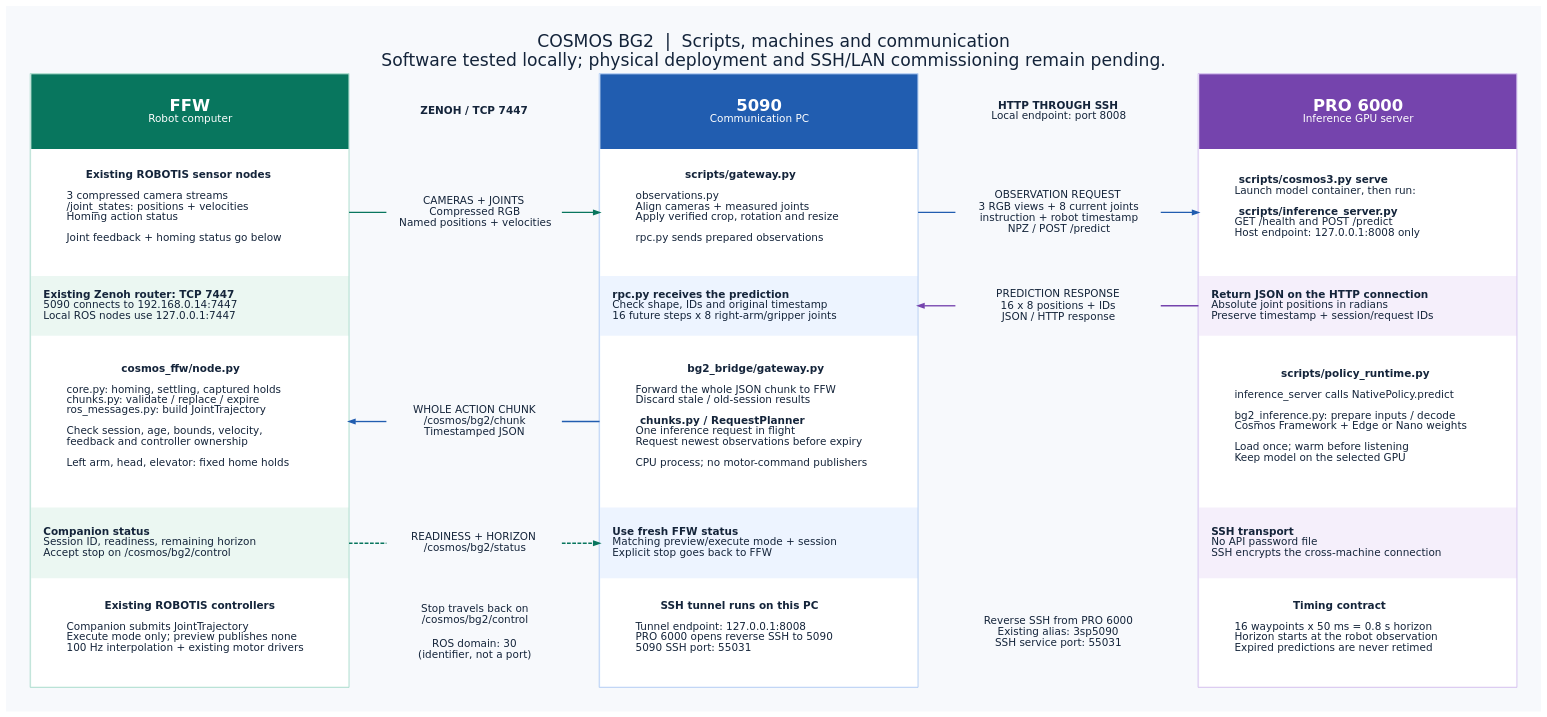
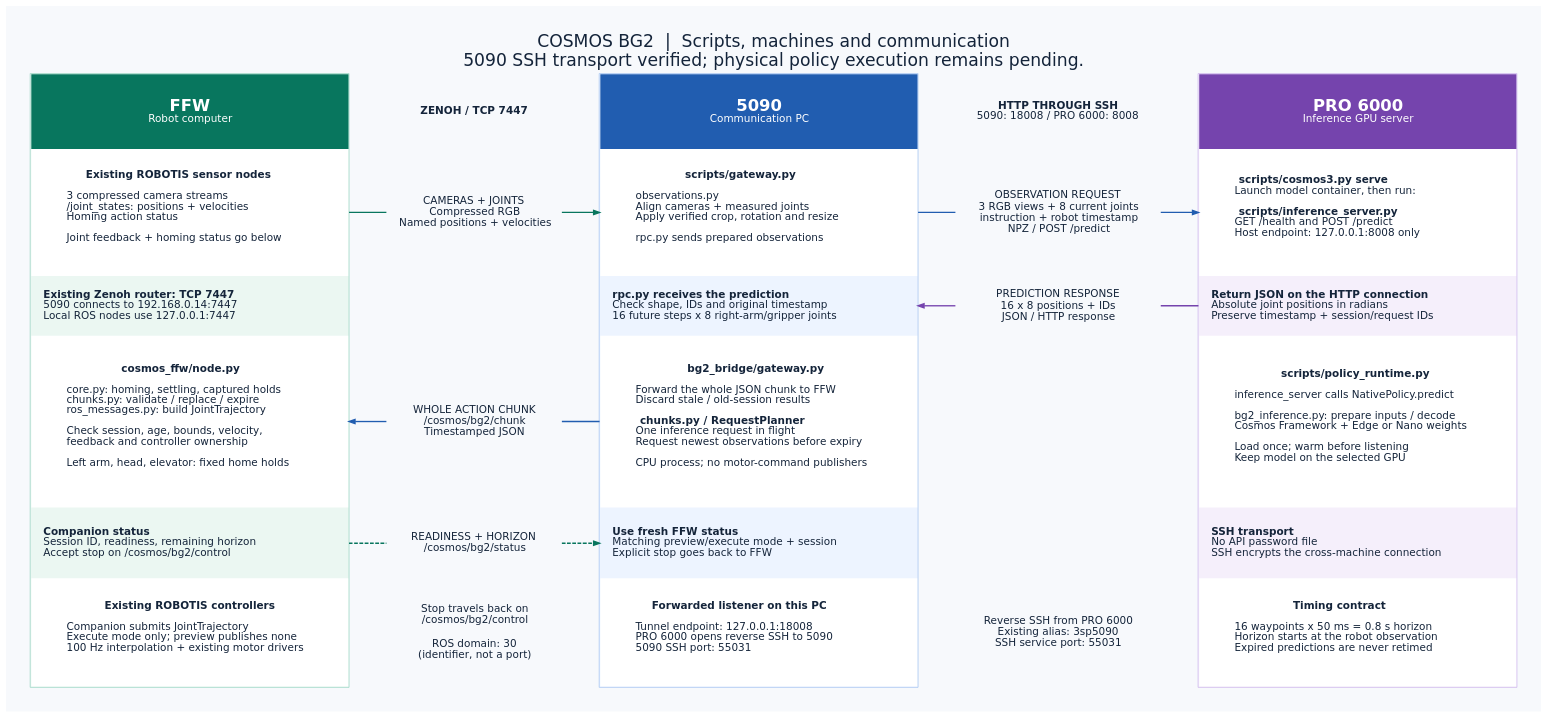
One commit to ssangjunpark/cosmos_inference_bg2 changed the diagram in docs/diagrams/three_machine_pipeline.dot. Above: the diagram before and after it, drawn with Graphviz. The commit also changed 8 other files, not shown here.

Commit message:
Use port 18008 for the 5090 inference tunnel

```diff
--- a/docs/diagrams/three_machine_pipeline.dot
+++ b/docs/diagrams/three_machine_pipeline.dot
@@ -1,127 +1,127 @@
 digraph cosmos_bg2 {
   graph [rankdir=LR, bgcolor="#F7F9FC", pad="0.45", nodesep="0.4", ranksep="0.7", splines=line,
     fontname="DejaVu Sans", fontsize=23, fontcolor="#14243A", labelloc=t,
-    label="COSMOS BG2  |  Scripts, machines and communication\nSoftware tested locally; physical deployment and SSH/LAN commissioning remain pending.\n"];
+    label="COSMOS BG2  |  Scripts, machines and communication\n5090 SSH transport verified; physical policy execution remains pending.\n"];
   node [shape=plain, fontname="DejaVu Sans", fontsize=14, fontcolor="#14243A"];
   edge [fontname="DejaVu Sans", fontsize=12, fontcolor="#334155", penwidth=1.8, arrowsize=0.8];
 
   ffw [label=<
     <TABLE BORDER="1" COLOR="#9BD6C4" CELLBORDER="0" CELLSPACING="0" CELLPADDING="16" BGCOLOR="#EBF7F2">
       <TR><TD WIDTH="425" HEIGHT="100" BGCOLOR="#08765E"><FONT COLOR="white" POINT-SIZE="22"><B>FFW</B></FONT><BR/><FONT COLOR="white">Robot computer</FONT></TD></TR>
       <TR><TD PORT="obs" HEIGHT="170" ALIGN="LEFT" BGCOLOR="white">
         <B>Existing ROBOTIS sensor nodes</B><BR/><BR ALIGN="LEFT"/>
         3 compressed camera streams<BR ALIGN="LEFT"/>
         /joint_states: positions + velocities<BR ALIGN="LEFT"/>
         Homing action status<BR ALIGN="LEFT"/><BR ALIGN="LEFT"/>
         Joint feedback + homing status go below<BR ALIGN="LEFT"/>
       </TD></TR>
       <TR><TD HEIGHT="80" ALIGN="LEFT"><B>Existing Zenoh router: TCP 7447</B><BR ALIGN="LEFT"/>5090 connects to 192.168.0.14:7447<BR ALIGN="LEFT"/>Local ROS nodes use 127.0.0.1:7447<BR ALIGN="LEFT"/></TD></TR>
       <TR><TD PORT="chunk" HEIGHT="230" ALIGN="LEFT" BGCOLOR="white">
         <B>cosmos_ffw/node.py</B><BR/><BR ALIGN="LEFT"/>
         core.py: homing, settling, captured holds<BR ALIGN="LEFT"/>
         chunks.py: validate / replace / expire<BR ALIGN="LEFT"/>
         ros_messages.py: build JointTrajectory<BR ALIGN="LEFT"/><BR ALIGN="LEFT"/>
         Check session, age, bounds, velocity,<BR ALIGN="LEFT"/>
         feedback and controller ownership<BR ALIGN="LEFT"/><BR ALIGN="LEFT"/>
         Left arm, head, elevator: fixed home holds<BR ALIGN="LEFT"/>
       </TD></TR>
       <TR><TD PORT="status" HEIGHT="95" ALIGN="LEFT"><B>Companion status</B><BR ALIGN="LEFT"/>Session ID, readiness, remaining horizon<BR ALIGN="LEFT"/>Accept stop on /cosmos/bg2/control<BR ALIGN="LEFT"/></TD></TR>
       <TR><TD HEIGHT="145" ALIGN="LEFT" BGCOLOR="white">
         <B>Existing ROBOTIS controllers</B><BR/><BR ALIGN="LEFT"/>
         Companion submits JointTrajectory<BR ALIGN="LEFT"/>
         Execute mode only; preview publishes none<BR ALIGN="LEFT"/>
         100 Hz interpolation + existing motor drivers<BR ALIGN="LEFT"/>
       </TD></TR>
     </TABLE>
   >];
 
   gateway [label=<
     <TABLE BORDER="1" COLOR="#A7C6F2" CELLBORDER="0" CELLSPACING="0" CELLPADDING="16" BGCOLOR="#EDF4FF">
       <TR><TD WIDTH="425" HEIGHT="100" BGCOLOR="#215DB0"><FONT COLOR="white" POINT-SIZE="22"><B>5090</B></FONT><BR/><FONT COLOR="white">Communication PC</FONT></TD></TR>
       <TR><TD PORT="obs" HEIGHT="170" ALIGN="LEFT" BGCOLOR="white">
         <B>scripts/gateway.py</B><BR/><BR ALIGN="LEFT"/>
         observations.py<BR ALIGN="LEFT"/>
         Align cameras + measured joints<BR ALIGN="LEFT"/>
         Apply verified crop, rotation and resize<BR ALIGN="LEFT"/><BR ALIGN="LEFT"/>
         rpc.py sends prepared observations<BR ALIGN="LEFT"/>
       </TD></TR>
       <TR><TD PORT="reply" HEIGHT="80" ALIGN="LEFT"><B>rpc.py receives the prediction</B><BR ALIGN="LEFT"/>Check shape, IDs and original timestamp<BR ALIGN="LEFT"/>16 future steps x 8 right-arm/gripper joints<BR ALIGN="LEFT"/></TD></TR>
       <TR><TD PORT="chunk" HEIGHT="230" ALIGN="LEFT" BGCOLOR="white">
         <B>bg2_bridge/gateway.py</B><BR/><BR ALIGN="LEFT"/>
         Forward the whole JSON chunk to FFW<BR ALIGN="LEFT"/>
         Discard stale / old-session results<BR ALIGN="LEFT"/><BR ALIGN="LEFT"/>
         <B>chunks.py / RequestPlanner</B><BR ALIGN="LEFT"/>
         One inference request in flight<BR ALIGN="LEFT"/>
         Request newest observations before expiry<BR ALIGN="LEFT"/><BR ALIGN="LEFT"/>
         CPU process; no motor-command publishers<BR ALIGN="LEFT"/>
       </TD></TR>
       <TR><TD PORT="status" HEIGHT="95" ALIGN="LEFT"><B>Use fresh FFW status</B><BR ALIGN="LEFT"/>Matching preview/execute mode + session<BR ALIGN="LEFT"/>Explicit stop goes back to FFW<BR ALIGN="LEFT"/></TD></TR>
       <TR><TD HEIGHT="145" ALIGN="LEFT" BGCOLOR="white">
-        <B>SSH tunnel runs on this PC</B><BR/><BR ALIGN="LEFT"/>
-        Tunnel endpoint: 127.0.0.1:8008<BR ALIGN="LEFT"/>
+        <B>Forwarded listener on this PC</B><BR/><BR ALIGN="LEFT"/>
+        Tunnel endpoint: 127.0.0.1:18008<BR ALIGN="LEFT"/>
         PRO 6000 opens reverse SSH to 5090<BR ALIGN="LEFT"/>
         5090 SSH port: 55031<BR ALIGN="LEFT"/>
       </TD></TR>
     </TABLE>
   >];
 
   pro [label=<
     <TABLE BORDER="1" COLOR="#CEB7EC" CELLBORDER="0" CELLSPACING="0" CELLPADDING="16" BGCOLOR="#F5EFFB">
       <TR><TD WIDTH="425" HEIGHT="100" BGCOLOR="#7544AD"><FONT COLOR="white" POINT-SIZE="22"><B>PRO 6000</B></FONT><BR/><FONT COLOR="white">Inference GPU server</FONT></TD></TR>
       <TR><TD PORT="obs" HEIGHT="170" ALIGN="LEFT" BGCOLOR="white">
         <B>scripts/cosmos3.py serve</B><BR ALIGN="LEFT"/>
         Launch model container, then run:<BR ALIGN="LEFT"/><BR ALIGN="LEFT"/>
         <B>scripts/inference_server.py</B><BR ALIGN="LEFT"/>
         GET /health and POST /predict<BR ALIGN="LEFT"/>
         Host endpoint: 127.0.0.1:8008 only<BR ALIGN="LEFT"/>
       </TD></TR>
       <TR><TD PORT="reply" HEIGHT="80" ALIGN="LEFT"><B>Return JSON on the HTTP connection</B><BR ALIGN="LEFT"/>Absolute joint positions in radians<BR ALIGN="LEFT"/>Preserve timestamp + session/request IDs<BR ALIGN="LEFT"/></TD></TR>
       <TR><TD HEIGHT="230" ALIGN="LEFT" BGCOLOR="white">
         <B>scripts/policy_runtime.py</B><BR/><BR ALIGN="LEFT"/>
         inference_server calls NativePolicy.predict<BR ALIGN="LEFT"/><BR ALIGN="LEFT"/>
         bg2_inference.py: prepare inputs / decode<BR ALIGN="LEFT"/>
         Cosmos Framework + Edge or Nano weights<BR ALIGN="LEFT"/><BR ALIGN="LEFT"/>
         Load once; warm before listening<BR ALIGN="LEFT"/>
         Keep model on the selected GPU<BR ALIGN="LEFT"/>
       </TD></TR>
       <TR><TD HEIGHT="95" ALIGN="LEFT"><B>SSH transport</B><BR ALIGN="LEFT"/>No API password file<BR ALIGN="LEFT"/>SSH encrypts the cross-machine connection<BR ALIGN="LEFT"/></TD></TR>
       <TR><TD HEIGHT="145" ALIGN="LEFT" BGCOLOR="white">
         <B>Timing contract</B><BR/><BR ALIGN="LEFT"/>
         16 waypoints x 50 ms = 0.8 s horizon<BR ALIGN="LEFT"/>
         Horizon starts at the robot observation<BR ALIGN="LEFT"/>
         Expired predictions are never retimed<BR ALIGN="LEFT"/>
       </TD></TR>
     </TABLE>
   >];
 
   zenoh [label=<
     <TABLE BORDER="0" CELLBORDER="0" CELLSPACING="0" CELLPADDING="10">
       <TR><TD WIDTH="235" HEIGHT="100"><B>ZENOH / TCP 7447</B></TD></TR>
       <TR><TD PORT="obs" HEIGHT="170">CAMERAS + JOINTS<BR/>Compressed RGB<BR/>Named positions + velocities</TD></TR>
       <TR><TD HEIGHT="80"></TD></TR>
       <TR><TD PORT="chunk" HEIGHT="230">WHOLE ACTION CHUNK<BR/>/cosmos/bg2/chunk<BR/>Timestamped JSON</TD></TR>
       <TR><TD PORT="status" HEIGHT="95">READINESS + HORIZON<BR/>/cosmos/bg2/status</TD></TR>
       <TR><TD HEIGHT="145">Stop travels back on<BR/>/cosmos/bg2/control<BR/><BR/>ROS domain: 30<BR/>(identifier, not a port)</TD></TR>
     </TABLE>
   >];
   ssh [label=<
     <TABLE BORDER="0" CELLBORDER="0" CELLSPACING="0" CELLPADDING="10">
-      <TR><TD WIDTH="275" HEIGHT="100"><B>HTTP THROUGH SSH</B><BR/>Local endpoint: port 8008</TD></TR>
+      <TR><TD WIDTH="275" HEIGHT="100"><B>HTTP THROUGH SSH</B><BR/>5090: 18008 / PRO 6000: 8008</TD></TR>
       <TR><TD PORT="obs" HEIGHT="170">OBSERVATION REQUEST<BR/>3 RGB views + 8 current joints<BR/>instruction + robot timestamp<BR/>NPZ / POST /predict</TD></TR>
       <TR><TD PORT="reply" HEIGHT="80">PREDICTION RESPONSE<BR/>16 x 8 positions + IDs<BR/>JSON / HTTP response</TD></TR>
       <TR><TD HEIGHT="230"></TD></TR>
       <TR><TD HEIGHT="95"></TD></TR>
       <TR><TD HEIGHT="145">Reverse SSH from PRO 6000<BR/>Existing alias: 3sp5090<BR/>SSH service port: 55031</TD></TR>
     </TABLE>
   >];
   ffw:obs:e -> zenoh:obs:w [color="#08765E", arrowhead=none];
   zenoh:obs:e -> gateway:obs:w [color="#08765E"];
   gateway:obs:e -> ssh:obs:w [color="#215DB0", arrowhead=none];
   ssh:obs:e -> pro:obs:w [color="#215DB0"];
   pro:reply:w -> ssh:reply:e [color="#7544AD", arrowhead=none, constraint=false];
   ssh:reply:w -> gateway:reply:e [color="#7544AD", constraint=false];
   gateway:chunk:w -> zenoh:chunk:e [color="#215DB0", arrowhead=none, constraint=false];
   zenoh:chunk:w -> ffw:chunk:e [color="#215DB0", constraint=false];
   ffw:status:e -> zenoh:status:w [color="#08765E", style=dashed, arrowhead=none, constraint=false];
   zenoh:status:e -> gateway:status:w [color="#08765E", style=dashed, constraint=false];
 }
```
